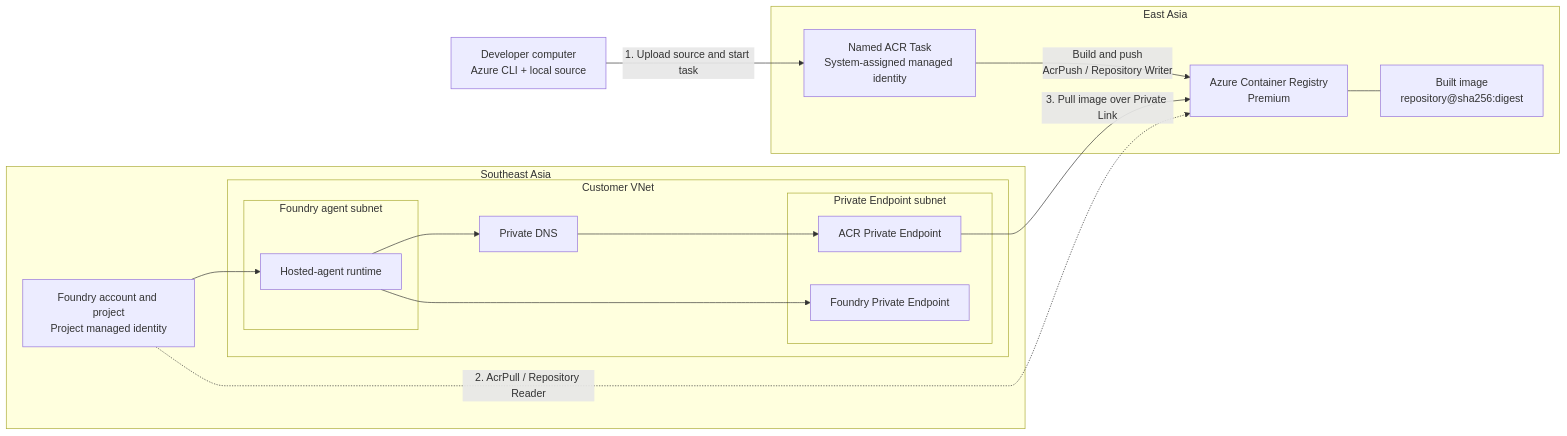
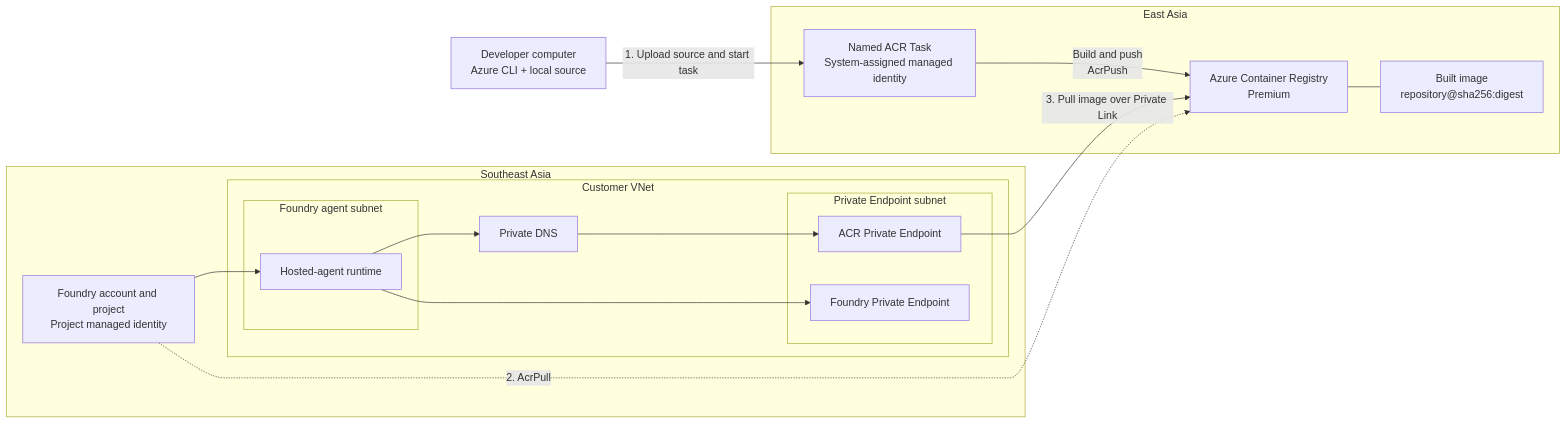
Before and after one commit to yimkwokwoon/acr-crossregion-pull-drill: the diagram in README.md, drawn with Mermaid. The commit also changed other lines of this file, not shown here.

Commit message:
docs: align roles with verified ACR RBAC mode

````diff
--- a/README.md
+++ b/README.md
@@ -24,37 +24,37 @@
 ```mermaid
 flowchart LR
     DEV["Developer computer<br/>Azure CLI + local source"]
 
     subgraph EA["East Asia"]
         TASK["Named ACR Task<br/>System-assigned managed identity"]
         ACR["Azure Container Registry<br/>Premium"]
         IMAGE["Built image<br/>repository@sha256:digest"]
-        TASK -->|"Build and push<br/>AcrPush / Repository Writer"| ACR
+        TASK -->|"Build and push<br/>AcrPush"| ACR
         ACR --- IMAGE
     end
 
     subgraph SEA["Southeast Asia"]
         subgraph VNET["Customer VNet"]
             subgraph AGENTSUBNET["Foundry agent subnet"]
                 RUNTIME["Hosted-agent runtime"]
             end
 
             subgraph PESUBNET["Private Endpoint subnet"]
                 ACRPE["ACR Private Endpoint"]
                 FOUNDRYPE["Foundry Private Endpoint"]
             end
 
             DNS["Private DNS"]
         end
 
         PROJECT["Foundry account and project<br/>Project managed identity"]
     end
 
     DEV -->|"1. Upload source and start task"| TASK
     PROJECT --> RUNTIME
     RUNTIME --> DNS
     DNS --> ACRPE
     ACRPE -->|"3. Pull image over Private Link"| ACR
     RUNTIME --> FOUNDRYPE
-    PROJECT -. "2. AcrPull / Repository Reader" .-> ACR
+    PROJECT -. "2. AcrPull" .-> ACR
 ```
````
